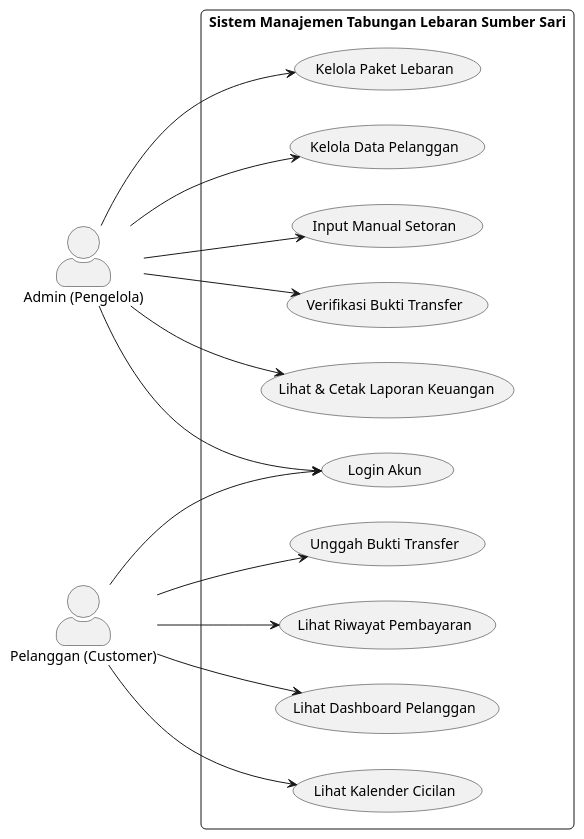
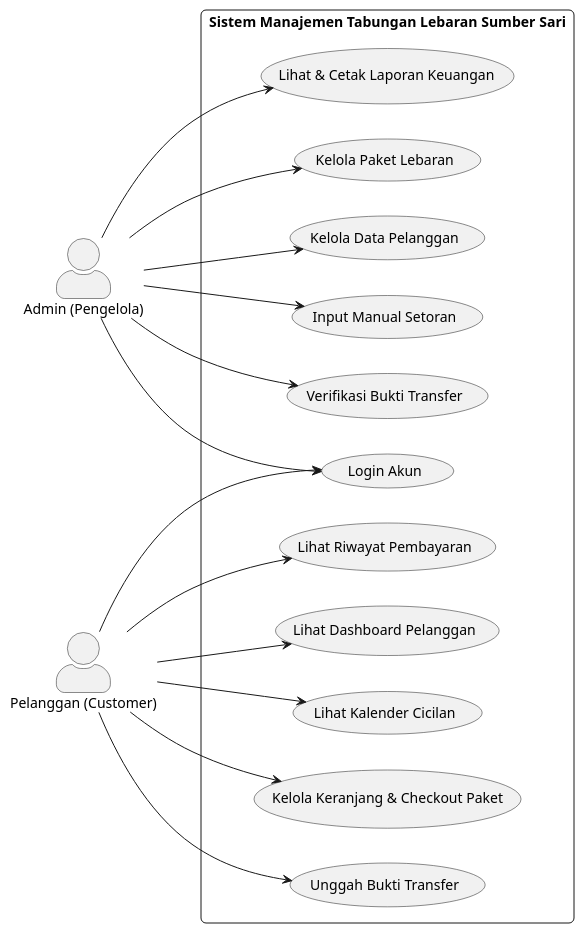
One commit to asepwahyudi1/lebaran-fund-management changed the diagram in docs/usecase.puml. Above: the diagram before and after it, drawn with PlantUML. The commit also changed 4 other files, not shown here.

Commit message:
refactor: update architecture documentation to support many-to-many package relations and cart checkout functionality

```diff
--- a/docs/usecase.puml
+++ b/docs/usecase.puml
@@ -1,47 +1,49 @@
 @startuml Lebaran Fund Management - Use Case Diagram
 
 left to right direction
 
 skinparam actorStyle awesome
 skinparam packageStyle rectangle
 skinparam roundcorner 10
 skinparam theme silver
 
 actor "Admin (Pengelola)" as admin
 actor "Pelanggan (Customer)" as customer
 
 rectangle "Sistem Manajemen Tabungan Lebaran Sumber Sari" {
     usecase "Login Akun" as UC_Login
     
     ' Admin Use Cases
     usecase "Kelola Paket Lebaran" as UC_ManagePackages
     usecase "Kelola Data Pelanggan" as UC_ManageCustomers
     usecase "Input Manual Setoran" as UC_ManualPayment
     usecase "Verifikasi Bukti Transfer" as UC_VerifyPayment
     usecase "Lihat & Cetak Laporan Keuangan" as UC_PrintReports
     
     ' Customer Use Cases
     usecase "Lihat Dashboard Pelanggan" as UC_ViewDashboard
     usecase "Lihat Kalender Cicilan" as UC_ViewCalendar
+    usecase "Kelola Keranjang & Checkout Paket" as UC_CartCheckout
     usecase "Unggah Bukti Transfer" as UC_UploadReceipt
     usecase "Lihat Riwayat Pembayaran" as UC_ViewHistory
 }
 
 ' General Relationship
 admin --> UC_Login
 customer --> UC_Login
 
 ' Admin Relationships
 admin --> UC_ManagePackages
 admin --> UC_ManageCustomers
 admin --> UC_ManualPayment
 admin --> UC_VerifyPayment
 admin --> UC_PrintReports
 
 ' Customer Relationships
 customer --> UC_ViewDashboard
 customer --> UC_ViewCalendar
+customer --> UC_CartCheckout
 customer --> UC_UploadReceipt
 customer --> UC_ViewHistory
 
 @endum
```
